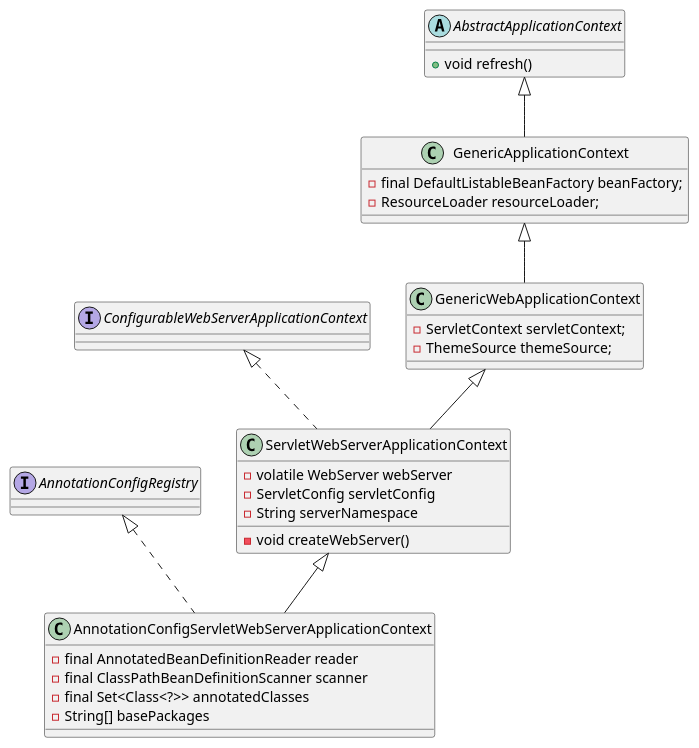
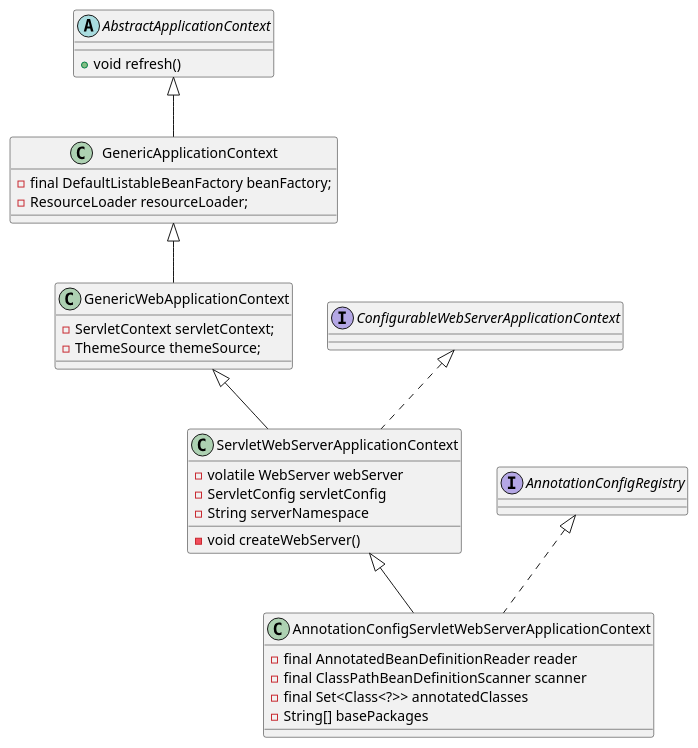
The diagram in 20-framework/src/spring/spring-boot/web/servlet/AnnotationConfigServletWebServerApplicationContext.md (onlyonion/development), drawn with PlantUML before and after one commit. The commit also changed 36 other files, not shown here.

````diff
--- a/20-framework/src/spring/spring-boot/web/servlet/AnnotationConfigServletWebServerApplicationContext.md
+++ b/20-framework/src/spring/spring-boot/web/servlet/AnnotationConfigServletWebServerApplicationContext.md
@@ -17,46 +17,47 @@
 ```plantuml
 @startuml
+
+'''''''''''''''''''' 抽象应用上下文 ''''''''''''''''''''
+abstract class AbstractApplicationContext {
+    + void refresh()
+}
+AbstractApplicationContext <|-- GenericApplicationContext
+
+'''''''''''''''''''' 通用应用上下文 ''''''''''''''''''''
+class GenericApplicationContext {
+    - final DefaultListableBeanFactory beanFactory;
+    - ResourceLoader resourceLoader;
+}
+GenericApplicationContext <|-- GenericWebApplicationContext
+
+'''''''''''''''''''' 通用web应用上下文 ''''''''''''''''''''
+class GenericWebApplicationContext {
+	- ServletContext servletContext;
+	- ThemeSource themeSource;
+}
+GenericWebApplicationContext <|-- ServletWebServerApplicationContext
+
+'''''''''''''''''''' 小服务程序web服务应用上下文 ''''''''''''''''''''
+class ServletWebServerApplicationContext {
+    - volatile WebServer webServer
+    - ServletConfig servletConfig
+    - String serverNamespace
+    - void createWebServer()
+}
+interface ConfigurableWebServerApplicationContext
+ConfigurableWebServerApplicationContext <|.. ServletWebServerApplicationContext
 
 '''''''''''''''''''' 注解配置小服务程序web服务应用上下文 ''''''''''''''''''''
 class AnnotationConfigServletWebServerApplicationContext {
     - final AnnotatedBeanDefinitionReader reader
     - final ClassPathBeanDefinitionScanner scanner
     - final Set<Class<?>> annotatedClasses
     - String[] basePackages
 }
 
 interface AnnotationConfigRegistry
 AnnotationConfigRegistry <|.. AnnotationConfigServletWebServerApplicationContext
 ServletWebServerApplicationContext <|-- AnnotationConfigServletWebServerApplicationContext
 
-'''''''''''''''''''' 小服务程序web服务应用上下文 ''''''''''''''''''''
-class ServletWebServerApplicationContext {
-    - volatile WebServer webServer
-    - ServletConfig servletConfig
-    - String serverNamespace
-    - void createWebServer()
-}
-interface ConfigurableWebServerApplicationContext
-ConfigurableWebServerApplicationContext <|.. ServletWebServerApplicationContext
-
-'''''''''''''''''''' 通用web应用上下文 ''''''''''''''''''''
-class GenericWebApplicationContext {
-	- ServletContext servletContext;
-	- ThemeSource themeSource;
-}
-GenericWebApplicationContext <|-- ServletWebServerApplicationContext
-
-'''''''''''''''''''' 通用应用上下文 ''''''''''''''''''''
-class GenericApplicationContext {
-    - final DefaultListableBeanFactory beanFactory;
-    - ResourceLoader resourceLoader;
-}
-GenericApplicationContext <|-- GenericWebApplicationContext
-
-'''''''''''''''''''' 抽象应用上下文 ''''''''''''''''''''
-abstract class AbstractApplicationContext {
-    + void refresh()
-}
-AbstractApplicationContext <|-- GenericApplicationContext
 @enduml
 ```
````
